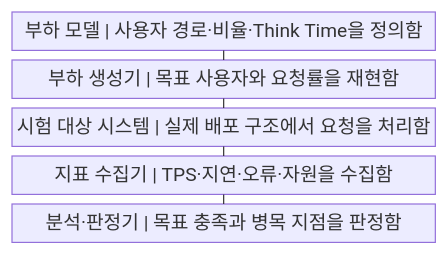
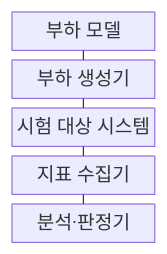
Before and after one commit to agnusdei1207/knowledge-base: the first of 2 diagrams in src/content/docs/notes/03-software/222_performance_test_metrics.md, drawn with Mermaid. The commit also changed other lines of this file and 238 other files, not shown here.

````diff
--- a/src/content/docs/notes/03-software/222_performance_test_metrics.md
+++ b/src/content/docs/notes/03-software/222_performance_test_metrics.md
@@ -53,13 +57,13 @@
 ```mermaid
-block
+block-beta
     columns 1
-    A["부하 모델 | 사용자 경로·비율·Think Time을 정의함"]
-    B["부하 생성기 | 목표 사용자와 요청률을 재현함"]
-    C["시험 대상 시스템 | 실제 배포 구조에서 요청을 처리함"]
-    D["지표 수집기 | TPS·지연·오류·자원을 수집함"]
-    E["분석·판정기 | 목표 충족과 병목 지점을 판정함"]
+    A["부하 모델"]
+    B["부하 생성기"]
+    C["시험 대상 시스템"]
+    D["지표 수집기"]
+    E["분석·판정기"]
     A --- B
     B --- C
     C --- D
     D --- E
 ```
````
